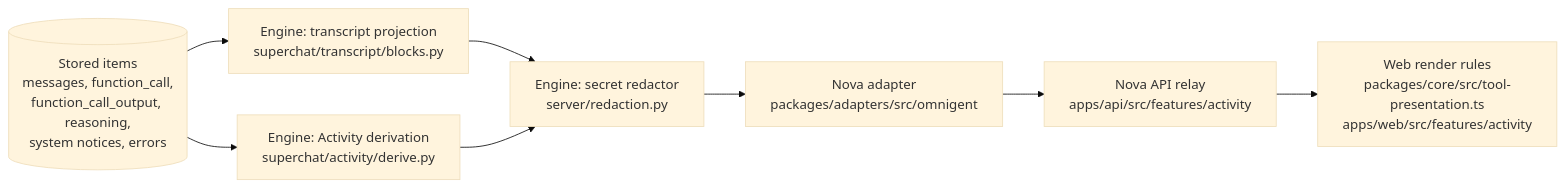
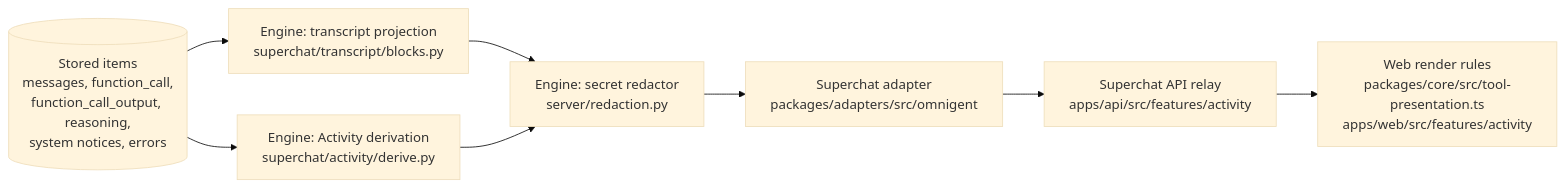
The third of 3 diagrams in docs/super-chat/delegation-and-activity.md (routifai/bot-grok), drawn with Mermaid (base theme) before and after one commit. The commit also changed other lines of this file and 1365 other files, not shown here.

````diff
--- a/docs/super-chat/delegation-and-activity.md
+++ b/docs/super-chat/delegation-and-activity.md
@@ -376,11 +376,11 @@
 ```mermaid
 flowchart LR
   items[("Stored items<br/>messages, function_call,<br/>function_call_output, reasoning,<br/>system notices, errors")]
   items --> tx["Engine: transcript projection<br/>superchat/transcript/blocks.py"]
   items --> act["Engine: Activity derivation<br/>superchat/activity/derive.py"]
   tx --> red["Engine: secret redactor<br/>server/redaction.py"]
   act --> red
-  red --> ad["Nova adapter<br/>packages/adapters/src/omnigent"]
-  ad --> api["Nova API relay<br/>apps/api/src/features/activity"]
+  red --> ad["Superchat adapter<br/>packages/adapters/src/omnigent"]
+  ad --> api["Superchat API relay<br/>apps/api/src/features/activity"]
   api --> ui["Web render rules<br/>packages/core/src/tool-presentation.ts<br/>apps/web/src/features/activity"]
 ```
````
